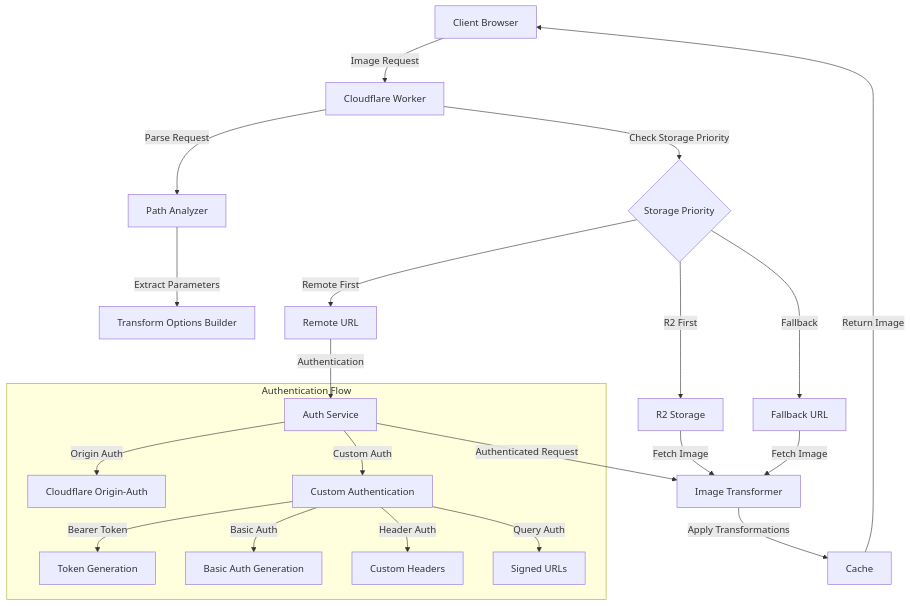
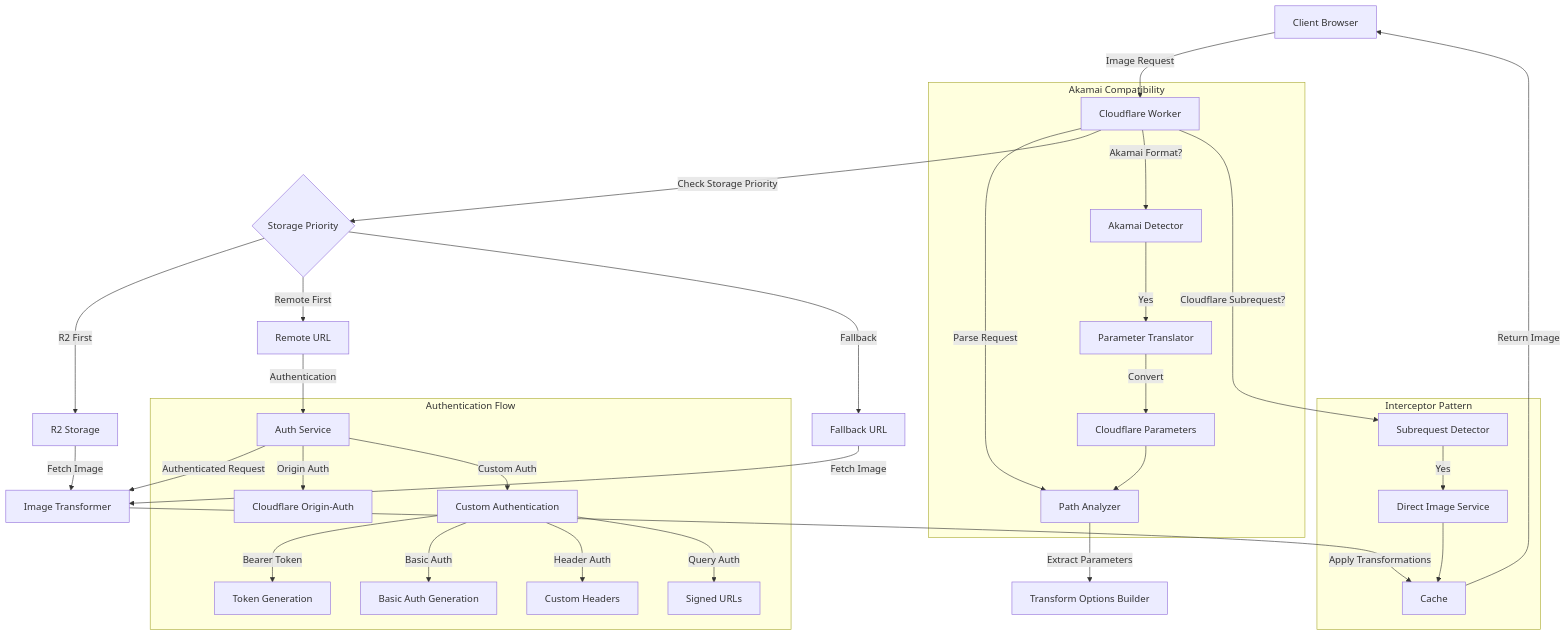
The first of 8 diagrams in docs/ARCHITECTURE.md (erfianugrah/image-resizer-2), drawn with Mermaid before and after one commit. The commit also changed other lines of this file and 4 other files, not shown here.

````diff
--- a/docs/ARCHITECTURE.md
+++ b/docs/ARCHITECTURE.md
@@ -9,25 +9,38 @@
 ```mermaid
 graph TD
     A[Client Browser] -->|Image Request| B[Cloudflare Worker]
     B -->|Parse Request| C[Path Analyzer]
     C -->|Extract Parameters| D[Transform Options Builder]
     B -->|Check Storage Priority| E{Storage Priority}
     E -->|R2 First| F[R2 Storage]
     E -->|Remote First| G[Remote URL]
     E -->|Fallback| H[Fallback URL]
     F -->|Fetch Image| I[Image Transformer]
     G -->|Authentication| J[Auth Service]
     J -->|Authenticated Request| I
     H -->|Fetch Image| I
     I -->|Apply Transformations| K[Cache]
     K -->|Return Image| A
     
     subgraph "Authentication Flow"
     J -->|Origin Auth| JA[Cloudflare Origin-Auth]
     J -->|Custom Auth| JB[Custom Authentication]
     JB -->|Bearer Token| JB1[Token Generation]
     JB -->|Basic Auth| JB2[Basic Auth Generation]
     JB -->|Header Auth| JB3[Custom Headers]
     JB -->|Query Auth| JB4[Signed URLs]
     end
+
+    subgraph "Akamai Compatibility"
+    B -->|Akamai Format?| Z[Akamai Detector]
+    Z -->|Yes| Y[Parameter Translator]
+    Y -->|Convert| X[Cloudflare Parameters]
+    X --> C
+    end
+
+    subgraph "Interceptor Pattern"
+    B -->|Cloudflare Subrequest?| V[Subrequest Detector]
+    V -->|Yes| U[Direct Image Service]
+    U --> K
+    end
 ```
````
